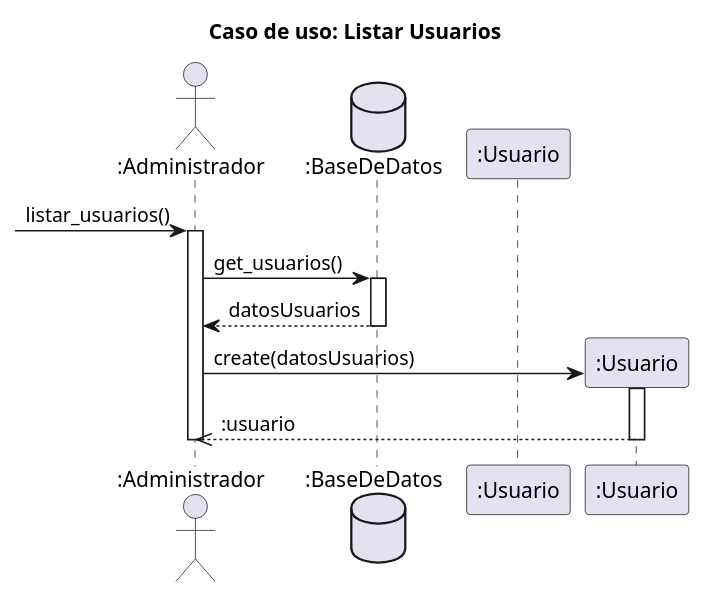
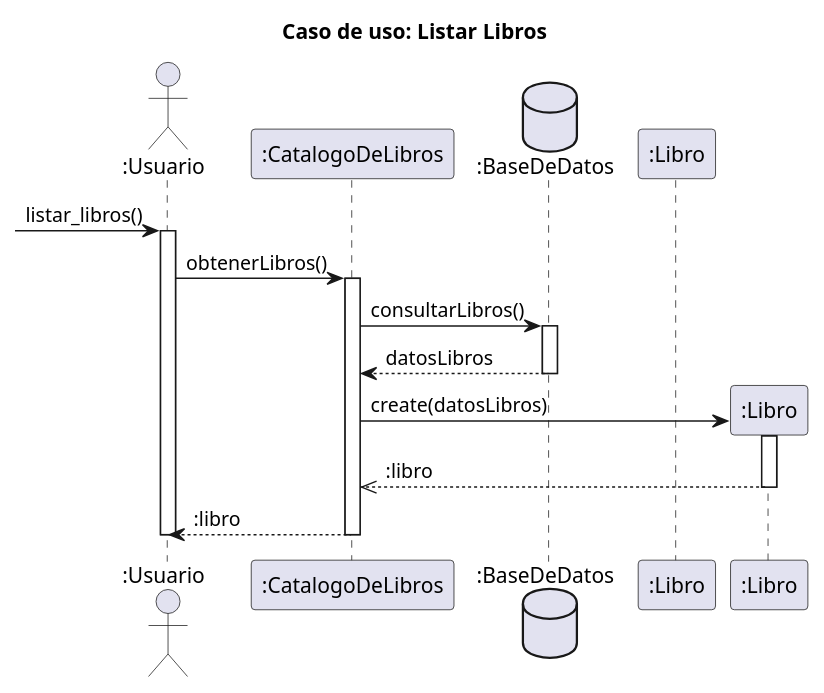
Before and after one commit to RubenE107/diagramas-de-dise-o-uml: the diagram in interacion 2/listarlibro.puml, drawn with PlantUML. The commit also changed 2 other files, not shown here.

```diff
--- a/interacion 2/listarlibro.puml
+++ b/interacion 2/listarlibro.puml
@@ -1,51 +1,56 @@
 @startuml
 title caso de uso: listar libros
 
 ' actor "usuario" as u
 ' participant "sistema" as s
 ' database "base de datos" as db
 
 ' u -->> s: sesionIniciada()
 ' activate s
 ' u -> s: presiona el boton de listar todos los libros
 '  ->s: listarLibros()
 '  activate s
 ' s -> db: select * from libros
 ' activate db
 ' db -->> s: lista de libros
 ' deactivate db
 ' s -> s: abre la ventana y muestra los libros
 ' deactivate s
 ' note right of s
 ' El usuario puede ver los libros y navegar
 ' con el scroll del mouse
 ' end note
 ' s -->> u: muestra todos los libros
 
+title Caso de uso: Listar Libros
 
+actor ":Usuario" as u
+participant ":CatalogoDeLibros" as c
+database ":BaseDeDatos" as bd
+participant ":Libro" as l
 
-title Caso de uso: Listar Usuarios
+-> u:listar_libros()
+activate u
 
-actor ":Administrador" as a
-database ":BaseDeDatos" as bd
-participant ":Usuario" as u
+u -> c:obtenerLibros()
+activate c
 
--> a:listar_usuarios()
-activate a
-
-a -> bd:get_usuarios()
+c -> bd:consultarLibros()
 activate bd
 
-bd --> a:datosUsuarios
+bd --> c:datosLibros
 deactivate bd
 
-create ":Usuario" as usuario
-a -> usuario:create(datosUsuarios)
-activate usuario
+create ":Libro" as libro
+c -> libro:create(datosLibros)
+activate libro
 
-usuario-->>a::usuario
-deactivate usuario
+libro-->>c::libro
+deactivate libro
 
-deactivate a
+c --> u::libro
+deactivate c
+
+deactivate u
 
 @enduml
```
